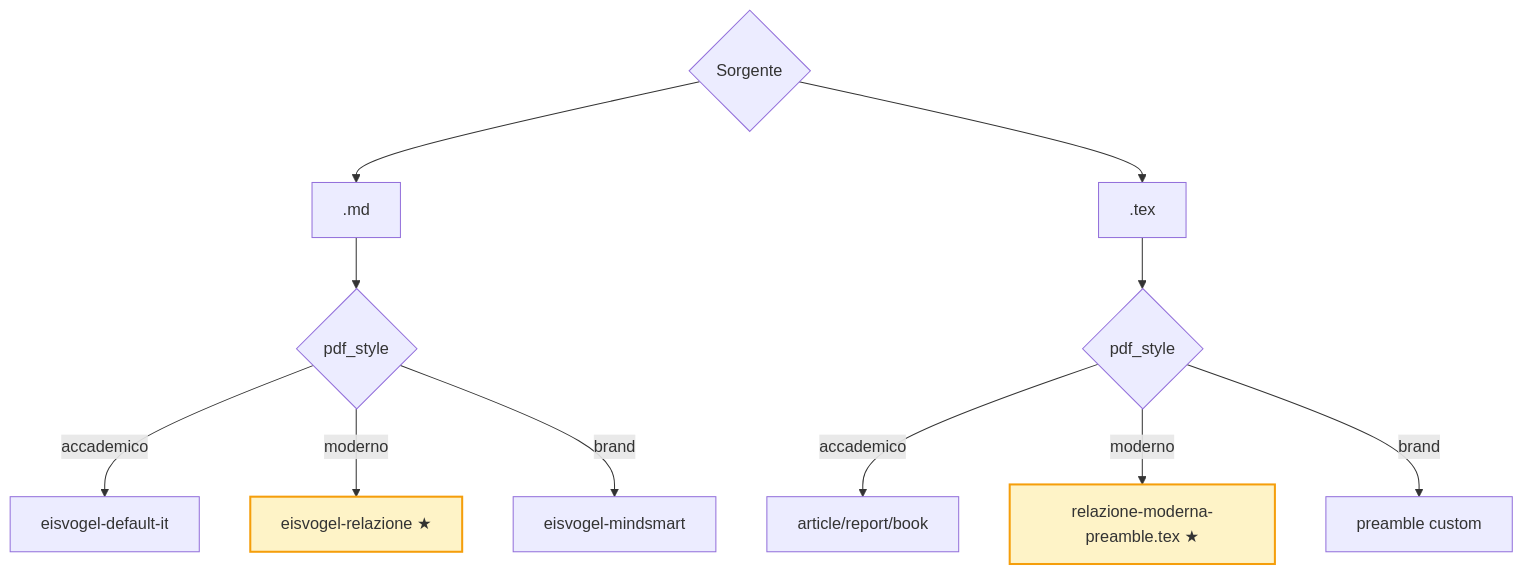
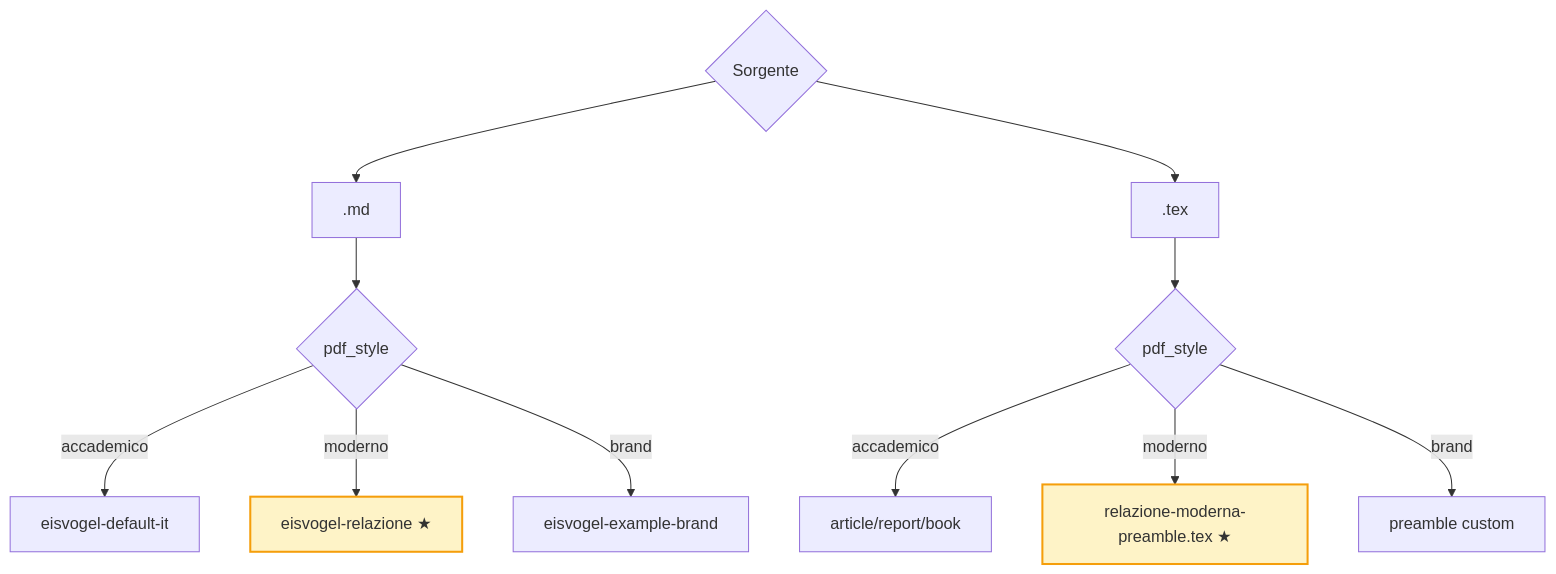
The fifth of 7 diagrams in docs/SKILL-GUIDE.md (Bl4ckJackz/OpenReport), drawn with Mermaid before and after one commit. The commit also changed 27 other files, not shown here.

First line of the commit message:
v2.1.01 — README, LICENSE, doctor, examples; rename mindsmart → example-brand

````diff
--- a/docs/SKILL-GUIDE.md
+++ b/docs/SKILL-GUIDE.md
@@ -241,15 +241,15 @@
 ```mermaid
 flowchart TD
     SRC{Sorgente} --> MD[.md]
     SRC --> TEX[.tex]
     MD --> ST1{pdf_style}
     TEX --> ST2{pdf_style}
     ST1 -->|accademico| EIS1[eisvogel-default-it]
     ST1 -->|moderno| EIS2[eisvogel-relazione ★]
-    ST1 -->|brand| EIS3[eisvogel-mindsmart]
+    ST1 -->|brand| EIS3[eisvogel-example-brand]
     ST2 -->|accademico| CLA[article/report/book]
     ST2 -->|moderno| MPRE[relazione-moderna-preamble.tex ★]
     ST2 -->|brand| CUS[preamble custom]
     style EIS2 fill:#FEF3C7,stroke:#F59E0B,stroke-width:2px
     style MPRE fill:#FEF3C7,stroke:#F59E0B,stroke-width:2px
 ```
````
